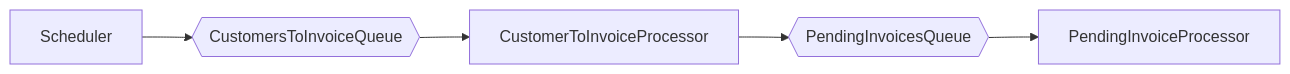
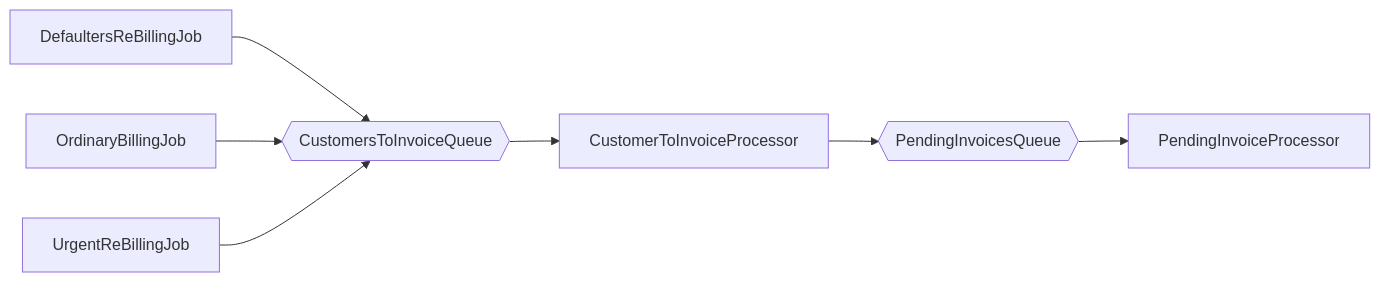
Before and after one commit to sergio-ms/antaeus: the diagram in README.md, drawn with Mermaid.

Commit message:
Fixed flow diagram in documentation

````diff
--- a/README.md
+++ b/README.md
@@ -185,11 +185,13 @@
 ```mermaid
 
 flowchart LR
     CustomersToInvoiceQueue{{CustomersToInvoiceQueue}}
     PendingInvoicesQueue{{PendingInvoicesQueue}}
 
-    Scheduler --> CustomersToInvoiceQueue
+    DefaultersReBillingJob --> CustomersToInvoiceQueue
+    OrdinaryBillingJob --> CustomersToInvoiceQueue
+    UrgentReBillingJob --> CustomersToInvoiceQueue
     CustomersToInvoiceQueue --> CustomerToInvoiceProcessor
     CustomerToInvoiceProcessor --> PendingInvoicesQueue
     PendingInvoicesQueue --> PendingInvoiceProcessor
 ```
````
